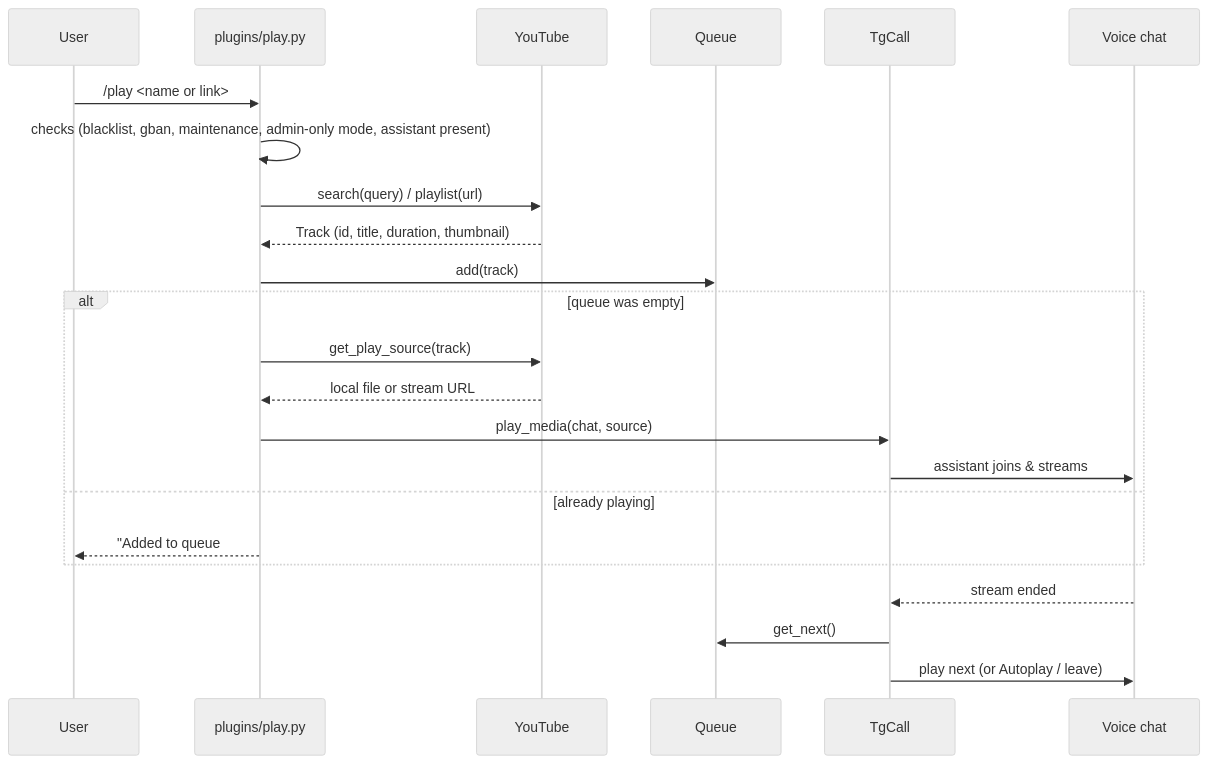
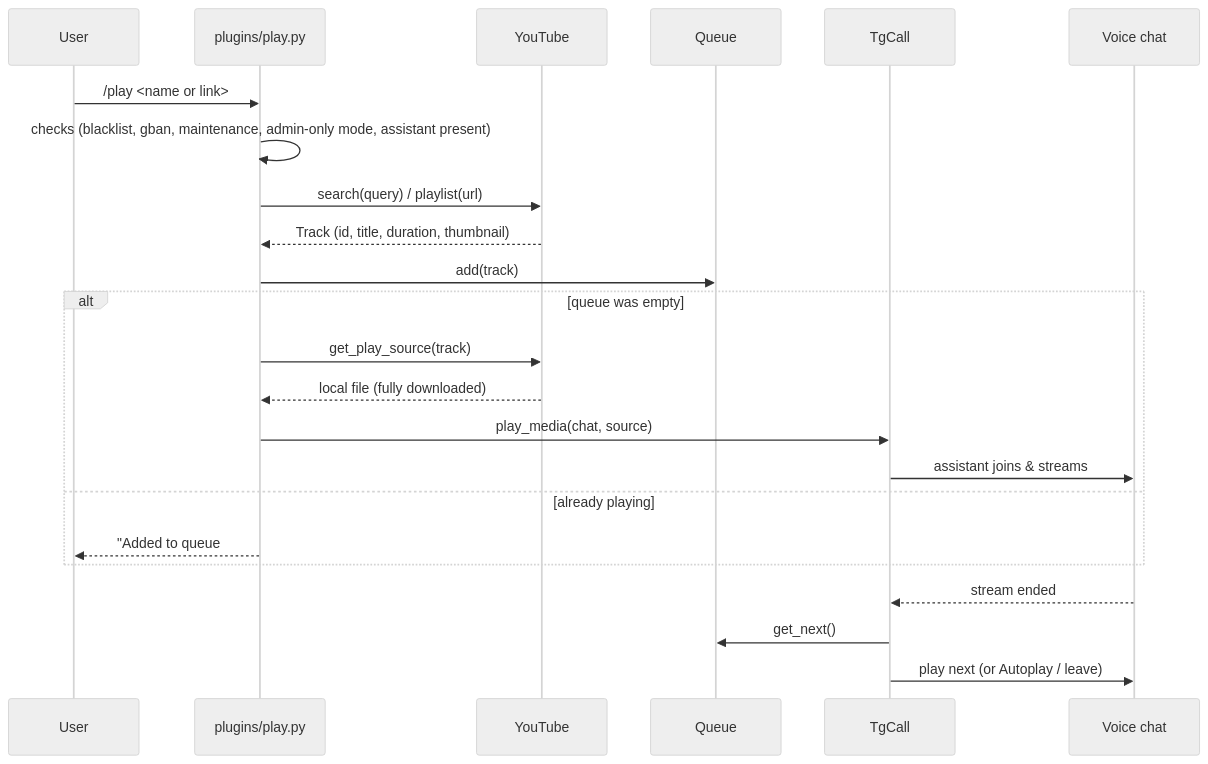
The second of 3 diagrams in ARCHITECTURE.md (elevenyts/ArtistXMusic), drawn with Mermaid (neutral theme) before and after one commit. The commit also changed other lines of this file and 8 other files, not shown here.

````diff
--- a/ARCHITECTURE.md
+++ b/ARCHITECTURE.md
@@ -112,26 +112,26 @@
 ```mermaid
 sequenceDiagram
     participant U as User
     participant P as plugins/play.py
     participant Y as YouTube
     participant Q as Queue
     participant T as TgCall
     participant V as Voice chat
 
     U->>P: /play <name or link>
     P->>P: checks (blacklist, gban, maintenance, admin-only mode, assistant present)
     P->>Y: search(query) / playlist(url)
     Y-->>P: Track (id, title, duration, thumbnail)
     P->>Q: add(track)
     alt queue was empty
         P->>Y: get_play_source(track)
-        Y-->>P: local file or stream URL
+        Y-->>P: local file (fully downloaded)
         P->>T: play_media(chat, source)
         T->>V: assistant joins & streams
     else already playing
         P-->>U: "Added to queue #n"
     end
     V-->>T: stream ended
     T->>Q: get_next()
     T->>V: play next (or Autoplay / leave)
 ```
````
